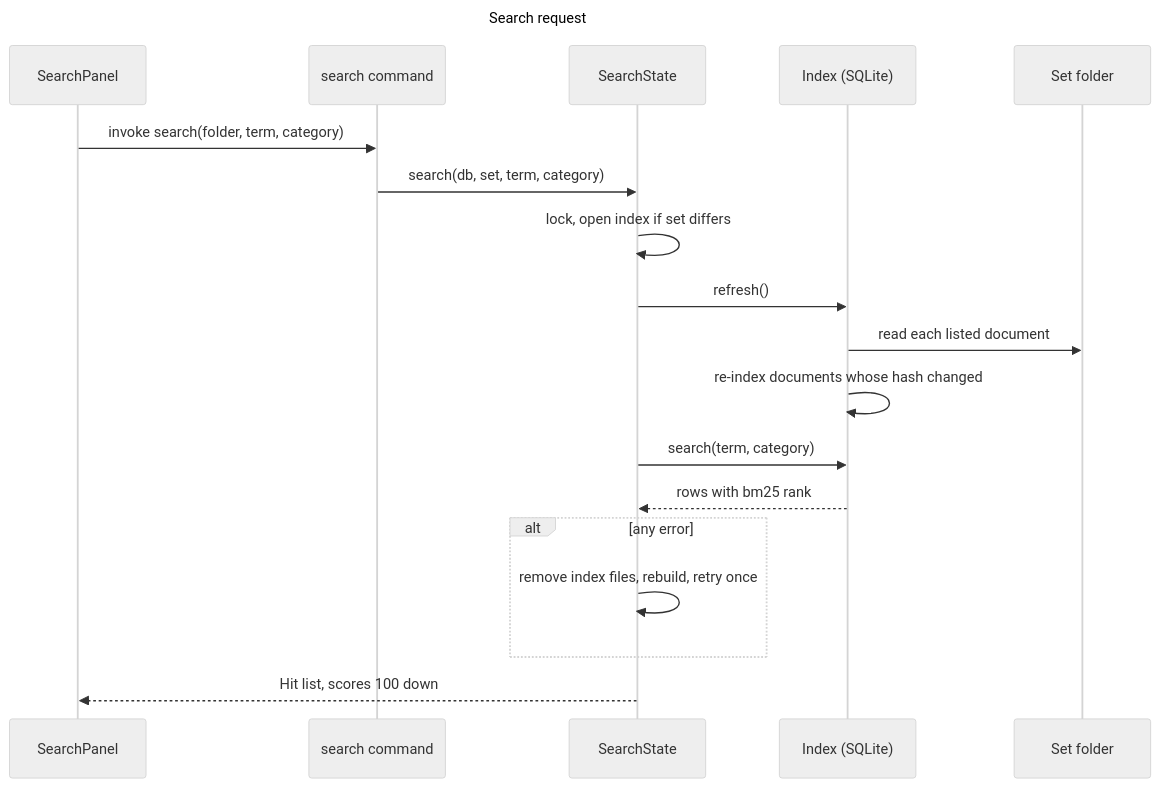
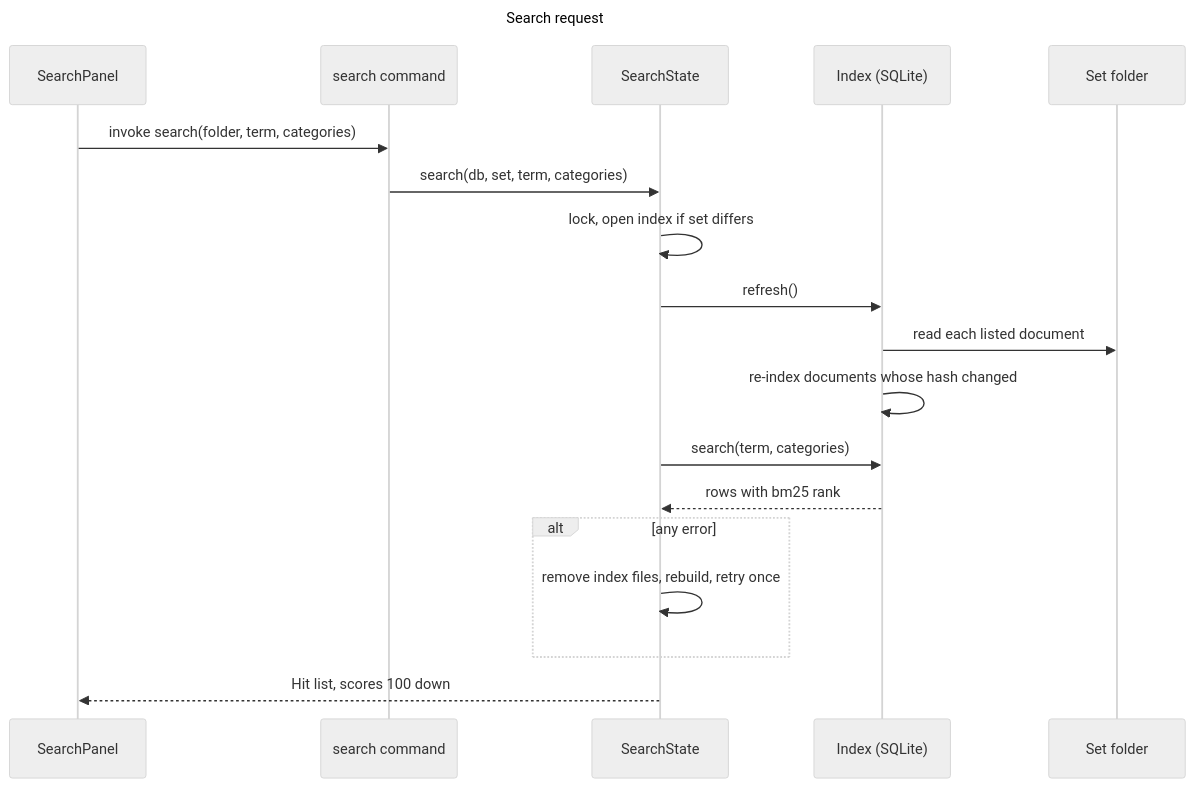
The eighth of 20 diagrams in docs/designs/current_design_doc.md (SpillwaveSolutions/prd-forge-viewer), drawn with Mermaid (neutral theme) before and after one commit. The commit also changed other lines of this file and 8 other files, not shown here.

````diff
--- a/docs/designs/current_design_doc.md
+++ b/docs/designs/current_design_doc.md
@@ -501,23 +518,23 @@
 ```mermaid
 ---
 title: Search request
 ---
 sequenceDiagram
     participant UI as SearchPanel
     participant C as search command
     participant St as SearchState
     participant Ix as Index (SQLite)
     participant FS as Set folder
-    UI->>C: invoke search(folder, term, category)
-    C->>St: search(db, set, term, category)
+    UI->>C: invoke search(folder, term, categories)
+    C->>St: search(db, set, term, categories)
     St->>St: lock, open index if set differs
     St->>Ix: refresh()
     Ix->>FS: read each listed document
     Ix->>Ix: re-index documents whose hash changed
-    St->>Ix: search(term, category)
+    St->>Ix: search(term, categories)
     Ix-->>St: rows with bm25 rank
     alt any error
         St->>St: remove index files, rebuild, retry once
     end
     St-->>UI: Hit list, scores 100 down
 ```
````
